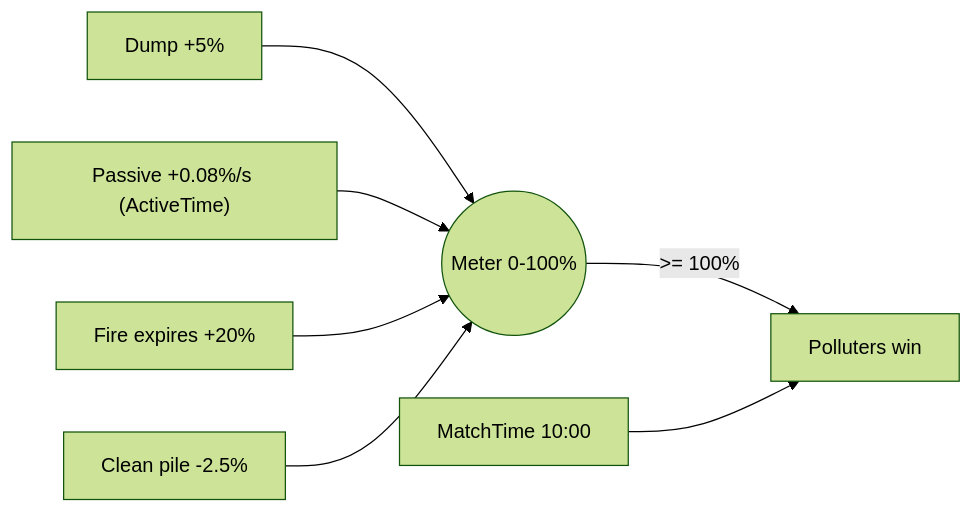
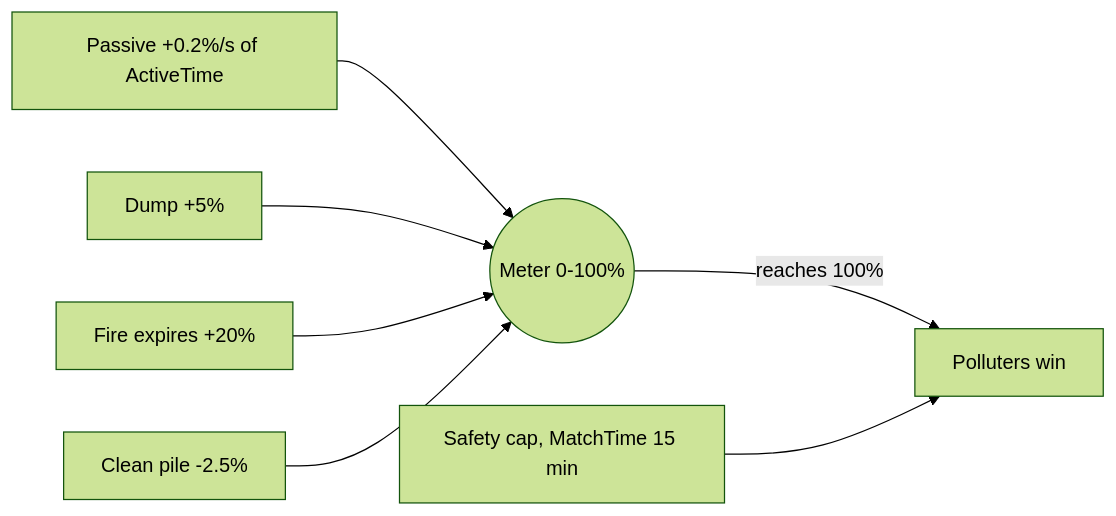
One commit to Faouzi-Blibech/EcoSus-Uncycled changed the sixth of 7 diagrams in docs/architecture/04-game-rules.md. Above: the diagram before and after it, drawn with Mermaid (forest theme). The commit also changed other lines of this file and 11 other files, not shown here.

Commit message:
docs: second design review (2026-11-14) for the architecture views and the design spec

````diff
--- a/docs/architecture/04-game-rules.md
+++ b/docs/architecture/04-game-rules.md
@@ -136,9 +158,9 @@
 ```mermaid
 flowchart LR
-    dump["Dump +5%"] --> meter(("Meter 0-100%"))
-    passive["Passive +0.08%/s (ActiveTime)"] --> meter
+    passive["Passive +0.2%/s of ActiveTime"] --> meter(("Meter 0-100%"))
+    dump["Dump +5%"] --> meter
     fire["Fire expires +20%"] --> meter
     clean["Clean pile -2.5%"] --> meter
-    meter -- ">= 100%" --> lose["Polluters win"]
-    deadline["MatchTime 10:00"] --> lose
+    meter -- "reaches 100%" --> lose["Polluters win"]
+    cap["Safety cap, MatchTime 15 min"] --> lose
 ```
````
